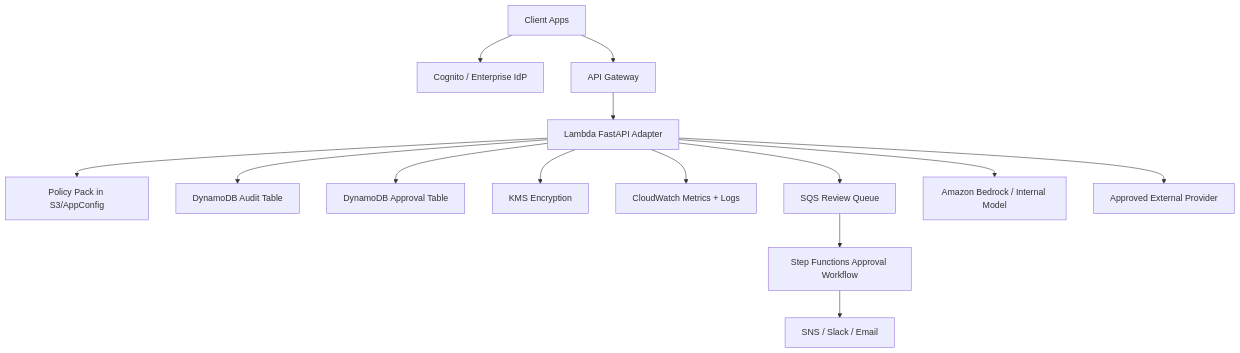
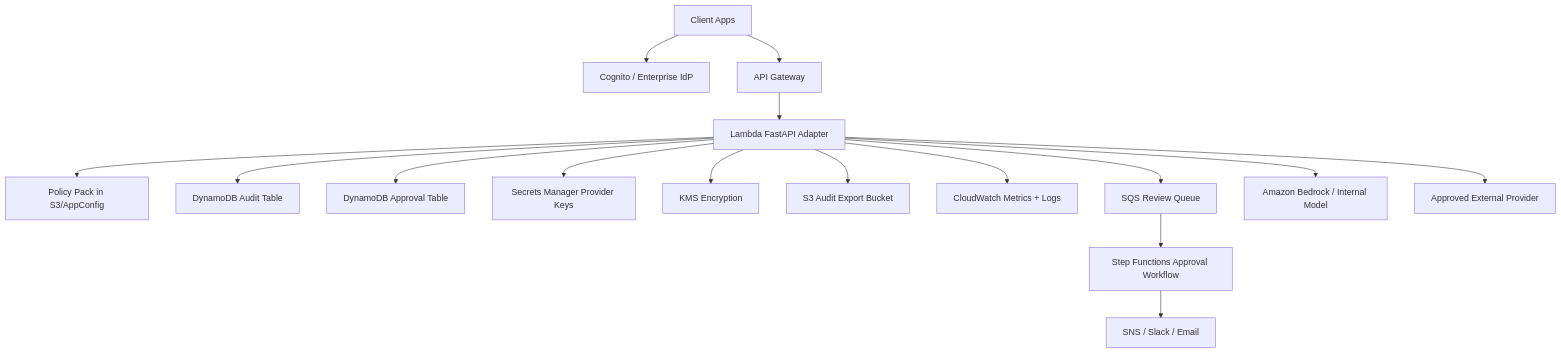
One commit to nevesliu7/context-firewall changed the second of 2 diagrams in docs/architecture.md. Above: the diagram before and after it, drawn with Mermaid. The commit also changed other lines of this file and 35 other files, not shown here.

````diff
--- a/docs/architecture.md
+++ b/docs/architecture.md
@@ -43,16 +48,18 @@
 ```mermaid
 flowchart TB
   Client["Client Apps"] --> Cognito["Cognito / Enterprise IdP"]
   Client --> APIGW["API Gateway"]
   APIGW --> Lambda["Lambda FastAPI Adapter"]
   Lambda --> Policy["Policy Pack in S3/AppConfig"]
   Lambda --> AuditDDB["DynamoDB Audit Table"]
   Lambda --> ApprovalDDB["DynamoDB Approval Table"]
+  Lambda --> Secret["Secrets Manager Provider Keys"]
   Lambda --> KMS["KMS Encryption"]
+  Lambda --> S3["S3 Audit Export Bucket"]
   Lambda --> CW["CloudWatch Metrics + Logs"]
   Lambda --> Queue["SQS Review Queue"]
   Queue --> Step["Step Functions Approval Workflow"]
   Step --> SNS["SNS / Slack / Email"]
   Lambda --> Bedrock["Amazon Bedrock / Internal Model"]
   Lambda --> External["Approved External Provider"]
 ```
````
